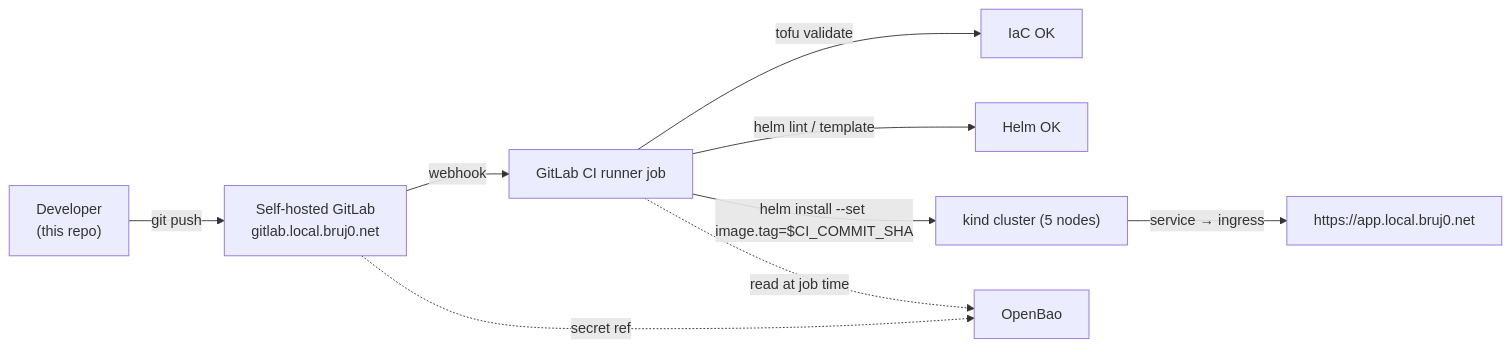
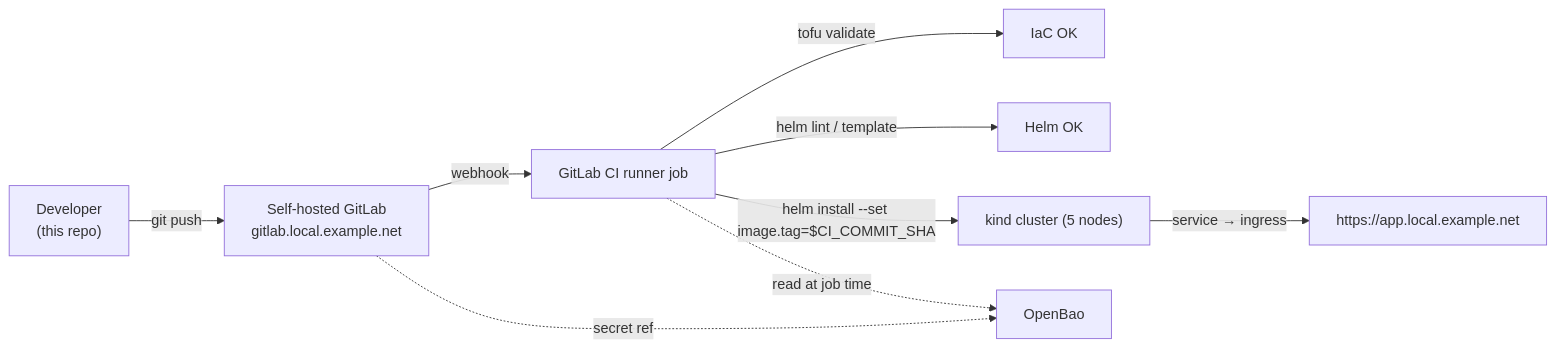
Before and after one commit to bruj0/k8s-cicd-gitlab: the diagram in README.md, drawn with Mermaid. The commit also changed other lines of this file, not shown here.

````diff
--- a/README.md
+++ b/README.md
@@ -38,11 +38,11 @@
 ```mermaid
 flowchart LR
-  dev["Developer<br/>(this repo)"] -->|git push| gl["Self-hosted GitLab<br/>gitlab.local.bruj0.net"]
+  dev["Developer<br/>(this repo)"] -->|git push| gl["Self-hosted GitLab<br/>gitlab.local.example.net"]
   gl -->|webhook| ci["GitLab CI runner job"]
   ci -->|tofu validate| ok1["IaC OK"]
   ci -->|helm lint / template| ok2["Helm OK"]
   ci -->|helm install --set image.tag=$CI_COMMIT_SHA| k8s["kind cluster (5 nodes)"]
-  k8s -->|service → ingress| app["https://app.local.bruj0.net"]
+  k8s -->|service → ingress| app["https://app.local.example.net"]
   gl -. secret ref .-> openbao["OpenBao"]
   ci -. read at job time .-> openbao
 ```
````
